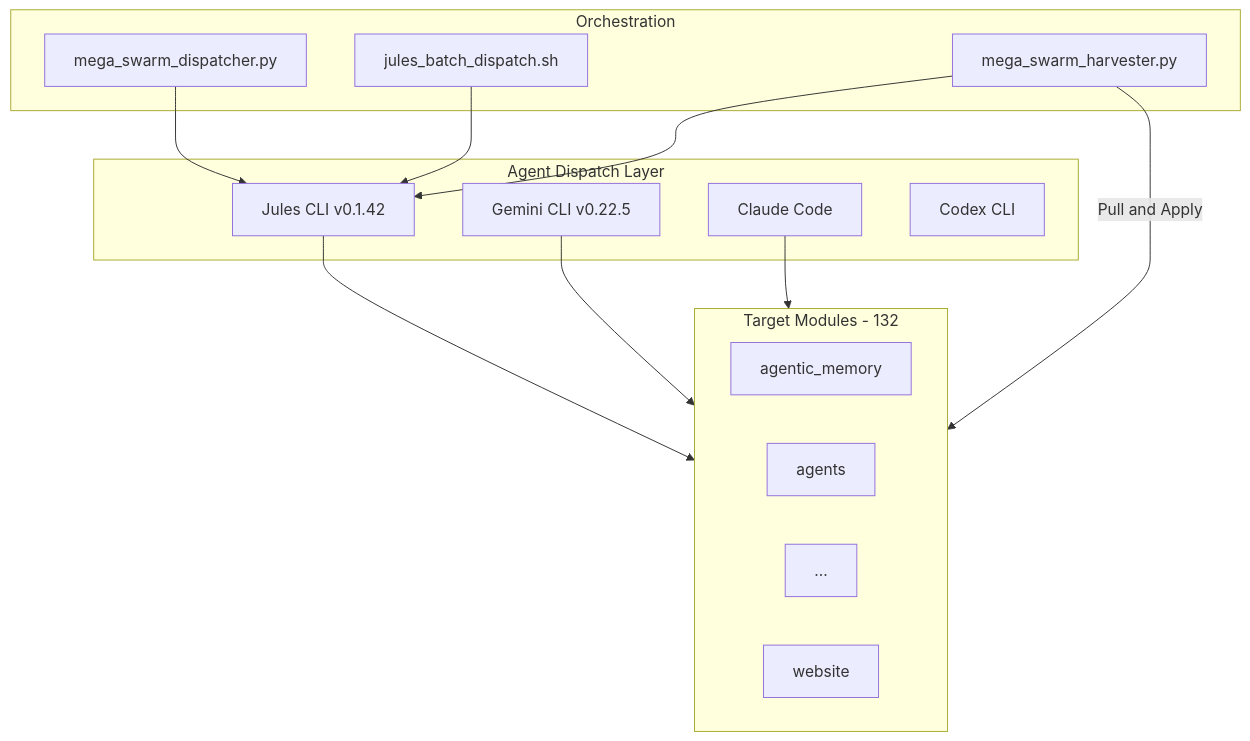
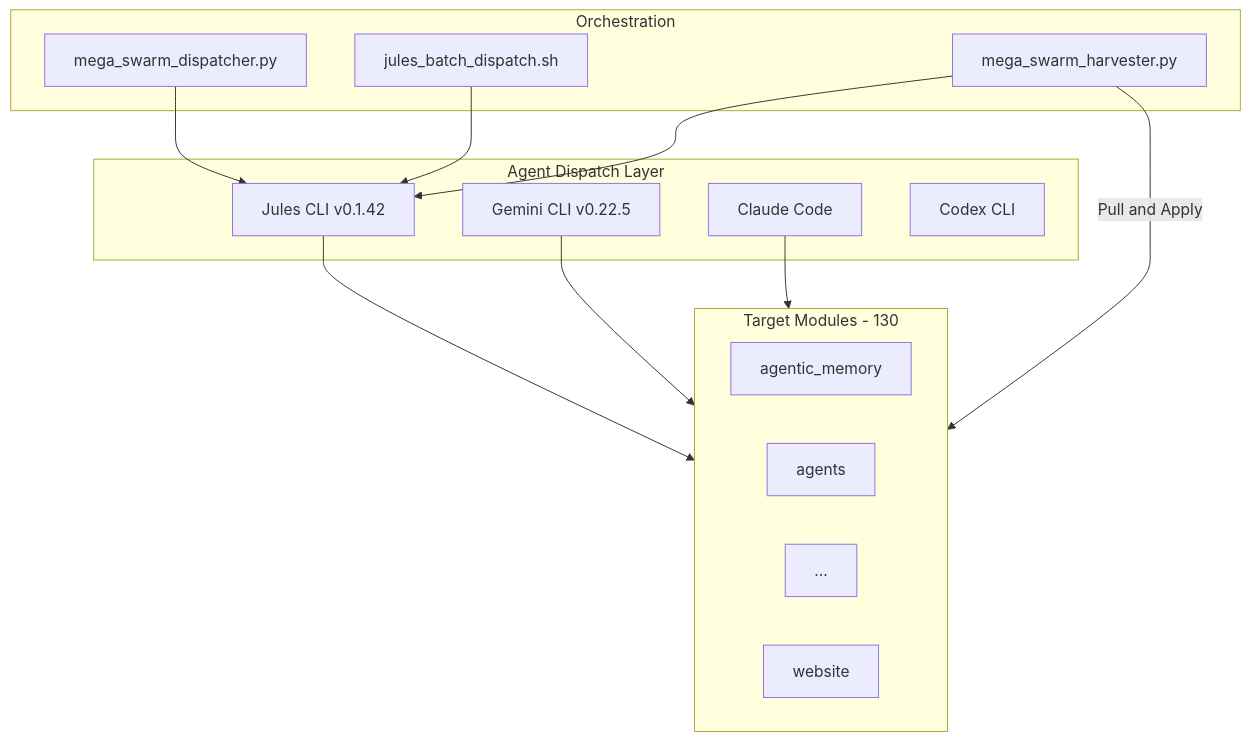
Before and after one commit to docxology/codomyrmex: the fourth of 7 diagrams in README.md, drawn with Mermaid. The commit also changed other lines of this file and 177 other files, not shown here.

````diff
--- a/README.md
+++ b/README.md
@@ -591,30 +591,30 @@
 ```mermaid
 graph TD
     subgraph Dispatch["Agent Dispatch Layer"]
         Jules["Jules CLI v0.1.42"]
         GeminiCLI["Gemini CLI v0.22.5"]
         Claude["Claude Code"]
         Codex["Codex CLI"]
     end
 
     subgraph Orchestration["Orchestration"]
         BatchDispatch["jules_batch_dispatch.sh"]
         MegaSwarm["mega_swarm_dispatcher.py"]
         Harvester["mega_swarm_harvester.py"]
     end
 
-    subgraph Targets["Target Modules - 132"]
+    subgraph Targets["Target Modules - 130"]
         M1["agentic_memory"]
         M2["agents"]
         Mdots["..."]
         M95["website"]
     end
 
     MegaSwarm --> Jules
     BatchDispatch --> Jules
     Jules --> Targets
     GeminiCLI --> Targets
     Claude --> Targets
     Harvester --> Jules
     Harvester -->|"Pull and Apply"| Targets
 ```
````
